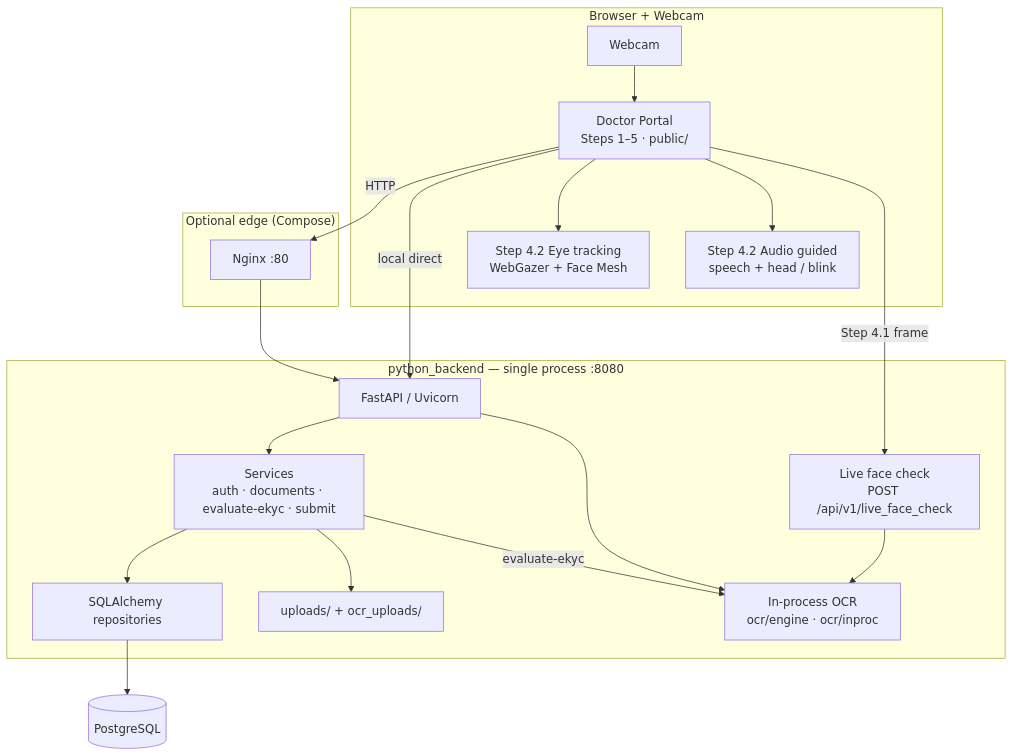
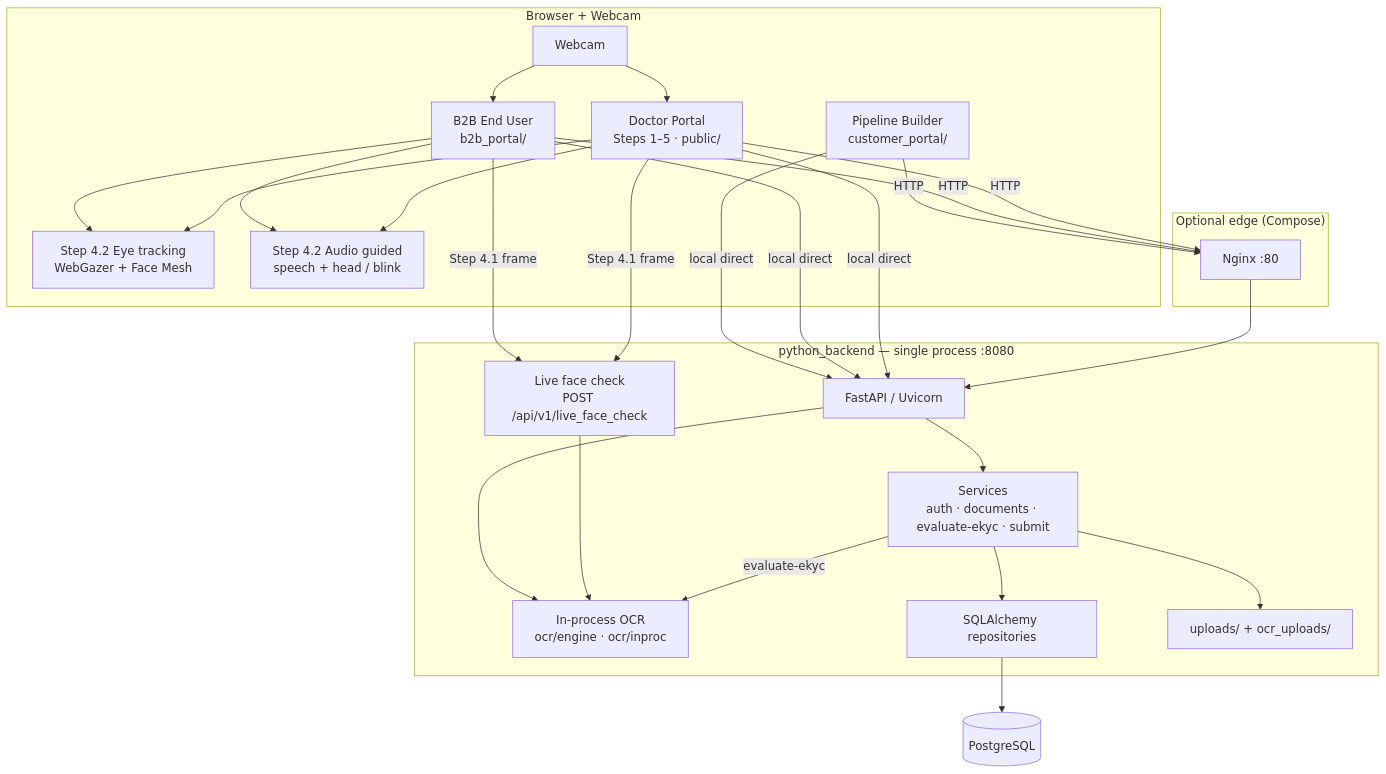
One commit to Saravanan2005real/zudoc-doctor-portal-EKYC changed the first of 5 diagrams in README.md. Above: the diagram before and after it, drawn with Mermaid. The commit also changed 3 other files, not shown here.

Commit message:
fix: resolve inline css error in customer_portal and update docs

````diff
--- a/README.md
+++ b/README.md
@@ -49,38 +49,48 @@
 ```mermaid
 flowchart TB
   subgraph Client["Browser + Webcam"]
     UI["Doctor Portal<br/>Steps 1–5 · public/"]
+    B2B["B2B End User<br/>b2b_portal/"]
+    CUST["Pipeline Builder<br/>customer_portal/"]
     WG["Step 4.2 Eye tracking<br/>WebGazer + Face Mesh"]
     AUD["Step 4.2 Audio guided<br/>speech + head / blink"]
     CAM["Webcam"]
   end
 
   subgraph Edge["Optional edge (Compose)"]
     NGX["Nginx :80"]
   end
 
   subgraph Backend["python_backend — single process :8080"]
     API["FastAPI / Uvicorn"]
     SVC["Services<br/>auth · documents · evaluate-ekyc · submit"]
     OCR["In-process OCR<br/>ocr/engine · ocr/inproc"]
     LIVE["Live face check<br/>POST /api/v1/live_face_check"]
     REPO["SQLAlchemy repositories"]
     STORE["uploads/ + ocr_uploads/"]
   end
 
   PG[("PostgreSQL")]
 
   UI -->|HTTP| NGX
+  B2B -->|HTTP| NGX
+  CUST -->|HTTP| NGX
   NGX --> API
   UI -->|local direct| API
+  B2B -->|local direct| API
+  CUST -->|local direct| API
   CAM --> UI
+  CAM --> B2B
   UI --> WG
+  B2B --> WG
   UI --> AUD
+  B2B --> AUD
   UI -->|"Step 4.1 frame"| LIVE
+  B2B -->|"Step 4.1 frame"| LIVE
   API --> SVC
   SVC --> REPO --> PG
   SVC --> STORE
   SVC -->|"evaluate-ekyc"| OCR
   LIVE --> OCR
   API --> OCR
 ```
````
